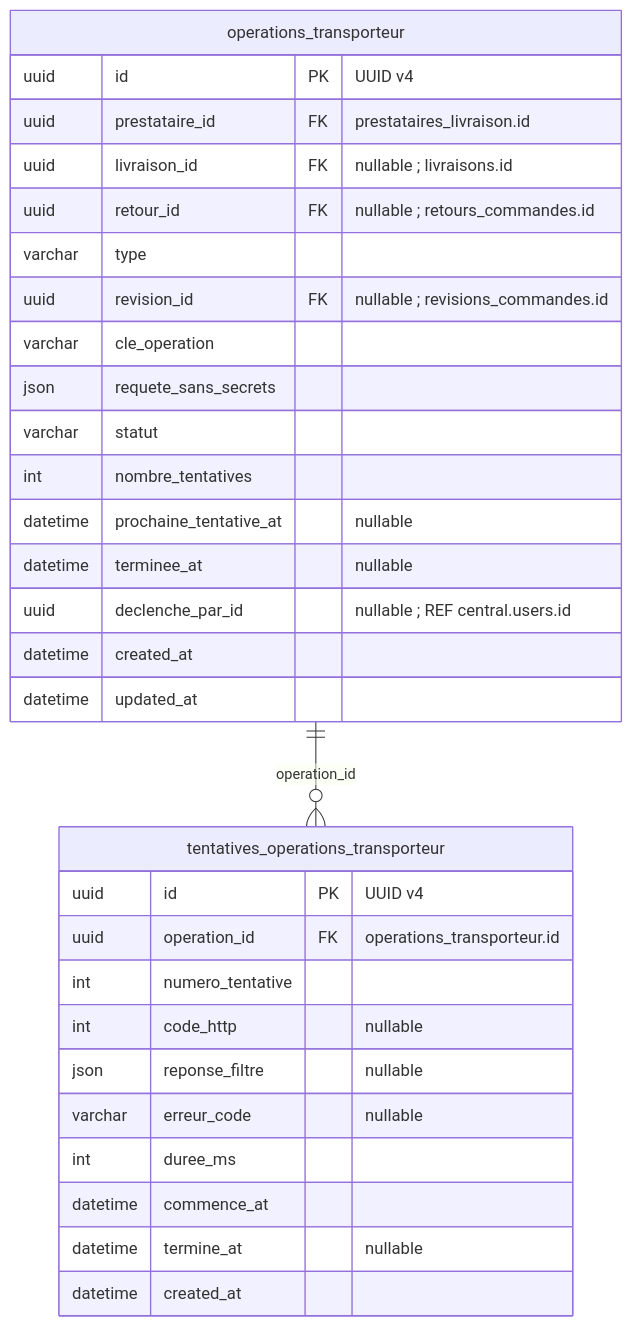
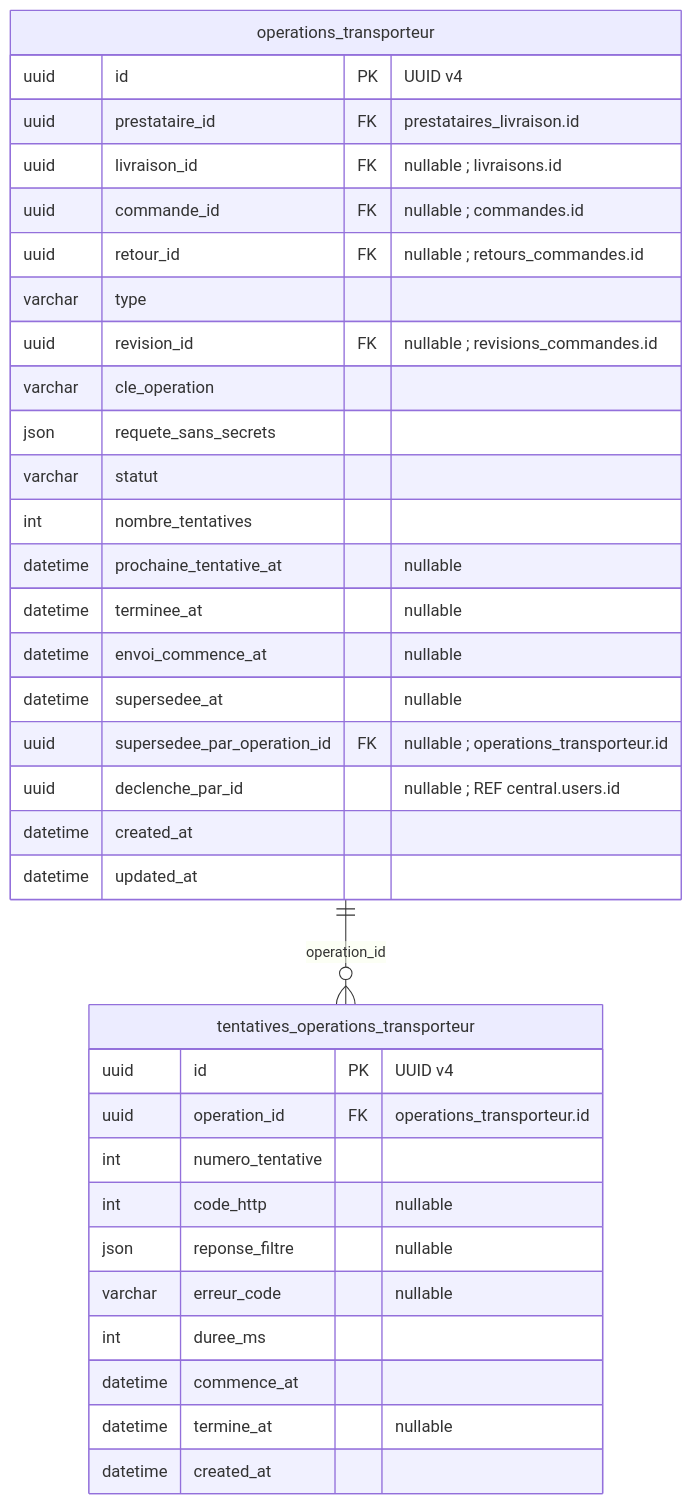
One commit to unitealfa/saas-ecom changed diagram 21 of 26 in Schema-BDD-SaaS-Ecommerce-UUID.md. Above: the diagram before and after it, drawn with Mermaid. The commit also changed other lines of this file, not shown here.

````diff
--- a/Schema-BDD-SaaS-Ecommerce-UUID.md
+++ b/Schema-BDD-SaaS-Ecommerce-UUID.md
@@ -1444,34 +1618,38 @@
 ```mermaid
 erDiagram
     direction TB
     operations_transporteur {
         uuid id PK "UUID v4"
         uuid prestataire_id FK "prestataires_livraison.id"
         uuid livraison_id FK "nullable ; livraisons.id"
+        uuid commande_id FK "nullable ; commandes.id"
         uuid retour_id FK "nullable ; retours_commandes.id"
         varchar type
         uuid revision_id FK "nullable ; revisions_commandes.id"
         varchar cle_operation
         json requete_sans_secrets
         varchar statut
         int nombre_tentatives
         datetime prochaine_tentative_at "nullable"
         datetime terminee_at "nullable"
+        datetime envoi_commence_at "nullable"
+        datetime supersedee_at "nullable"
+        uuid supersedee_par_operation_id FK "nullable ; operations_transporteur.id"
         uuid declenche_par_id "nullable ; REF central.users.id"
         datetime created_at
         datetime updated_at
     }
     tentatives_operations_transporteur {
         uuid id PK "UUID v4"
         uuid operation_id FK "operations_transporteur.id"
         int numero_tentative
         int code_http "nullable"
         json reponse_filtre "nullable"
         varchar erreur_code "nullable"
         int duree_ms
         datetime commence_at
         datetime termine_at "nullable"
         datetime created_at
     }
     operations_transporteur ||--o{ tentatives_operations_transporteur : operation_id
 ```
````
